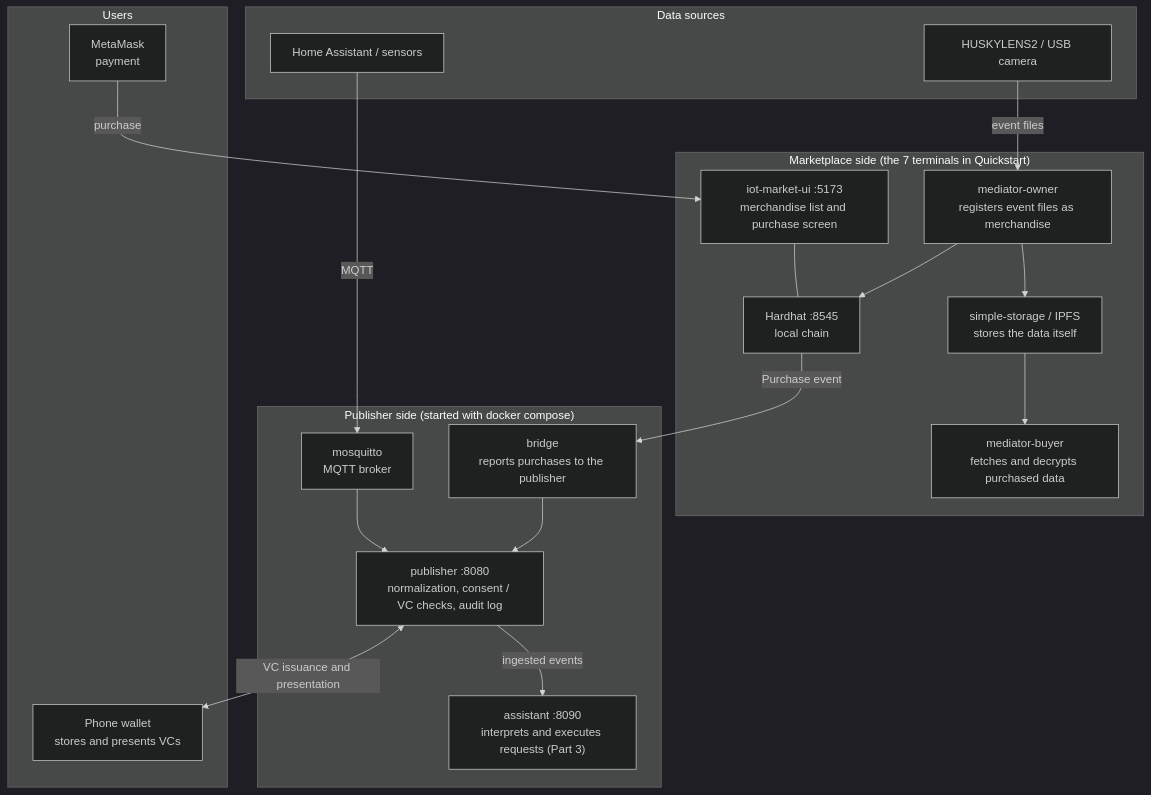
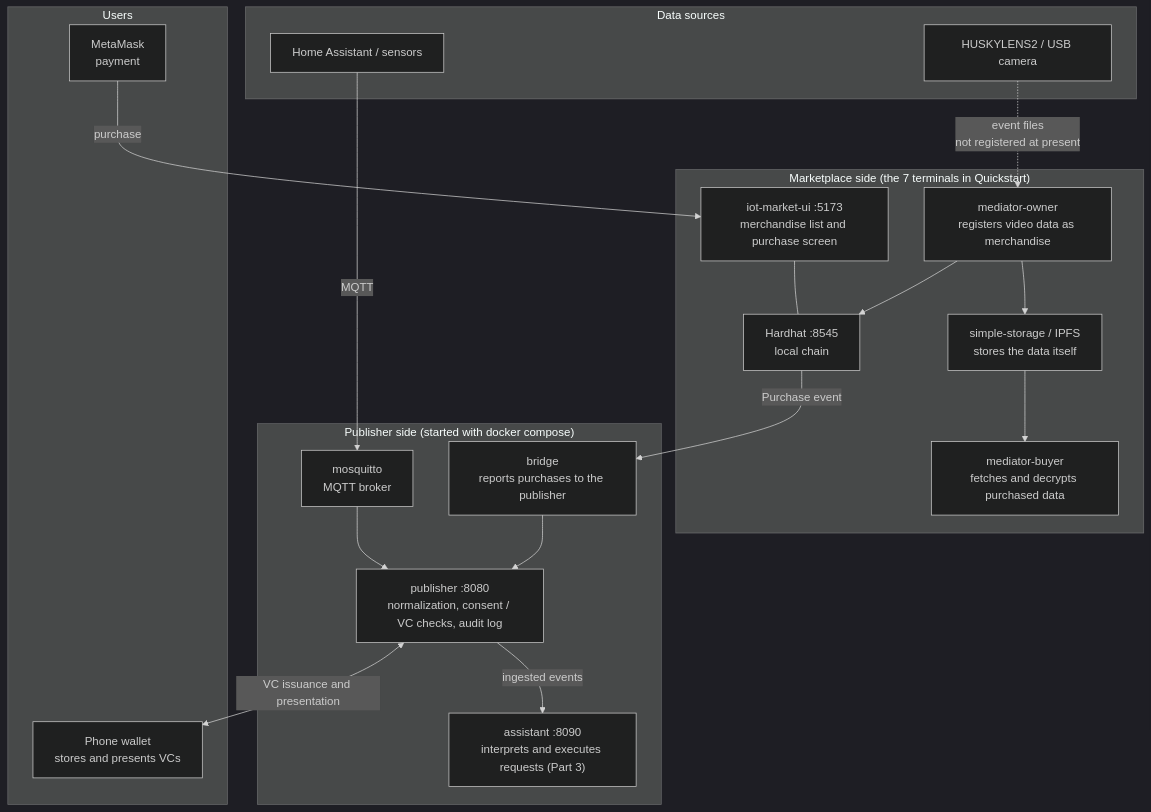
One commit to ertlnagoya/iw3ip.github.io changed the diagram in docs/index.en.md. Above: the diagram before and after it, drawn with Mermaid (dark theme). The commit also changed 10 other files, not shown here.

Commit message:
docs: 商品登録に関する残りの記述と全体構成図を実際の挙動に合わせる

````diff
--- a/docs/index.en.md
+++ b/docs/index.en.md
@@ -41,34 +41,34 @@
 ```mermaid
 flowchart TB
   subgraph DEV["Data sources"]
     HA["Home Assistant / sensors"]
     CAM["HUSKYLENS2 / USB camera"]
   end
   subgraph PUB["Publisher side (started with docker compose)"]
     MQ["mosquitto<br/>MQTT broker"]
     P["publisher :8080<br/>normalization, consent / VC checks, audit log"]
     BR["bridge<br/>reports purchases to the publisher"]
     AS["assistant :8090<br/>interprets and executes requests (Part 3)"]
   end
   subgraph MKT["Marketplace side (the 7 terminals in Quickstart)"]
-    MO["mediator-owner<br/>registers event files as merchandise"]
+    MO["mediator-owner<br/>registers video data as merchandise"]
     HH["Hardhat :8545<br/>local chain"]
     ST["simple-storage / IPFS<br/>stores the data itself"]
     UI["iot-market-ui :5173<br/>merchandise list and purchase screen"]
     MB["mediator-buyer<br/>fetches and decrypts purchased data"]
   end
   subgraph USER["Users"]
     MM["MetaMask<br/>payment"]
     W["Phone wallet<br/>stores and presents VCs"]
   end
   HA -->|MQTT| MQ --> P
-  CAM -->|event files| MO
+  CAM -.->|event files<br/>not registered at present| MO
   MO --> HH
   MO --> ST
   UI --- HH
   MM -->|purchase| UI
   ST --> MB
   HH -->|Purchase event| BR --> P
   P <-->|VC issuance and presentation| W
   P -->|ingested events| AS
 ```
````
